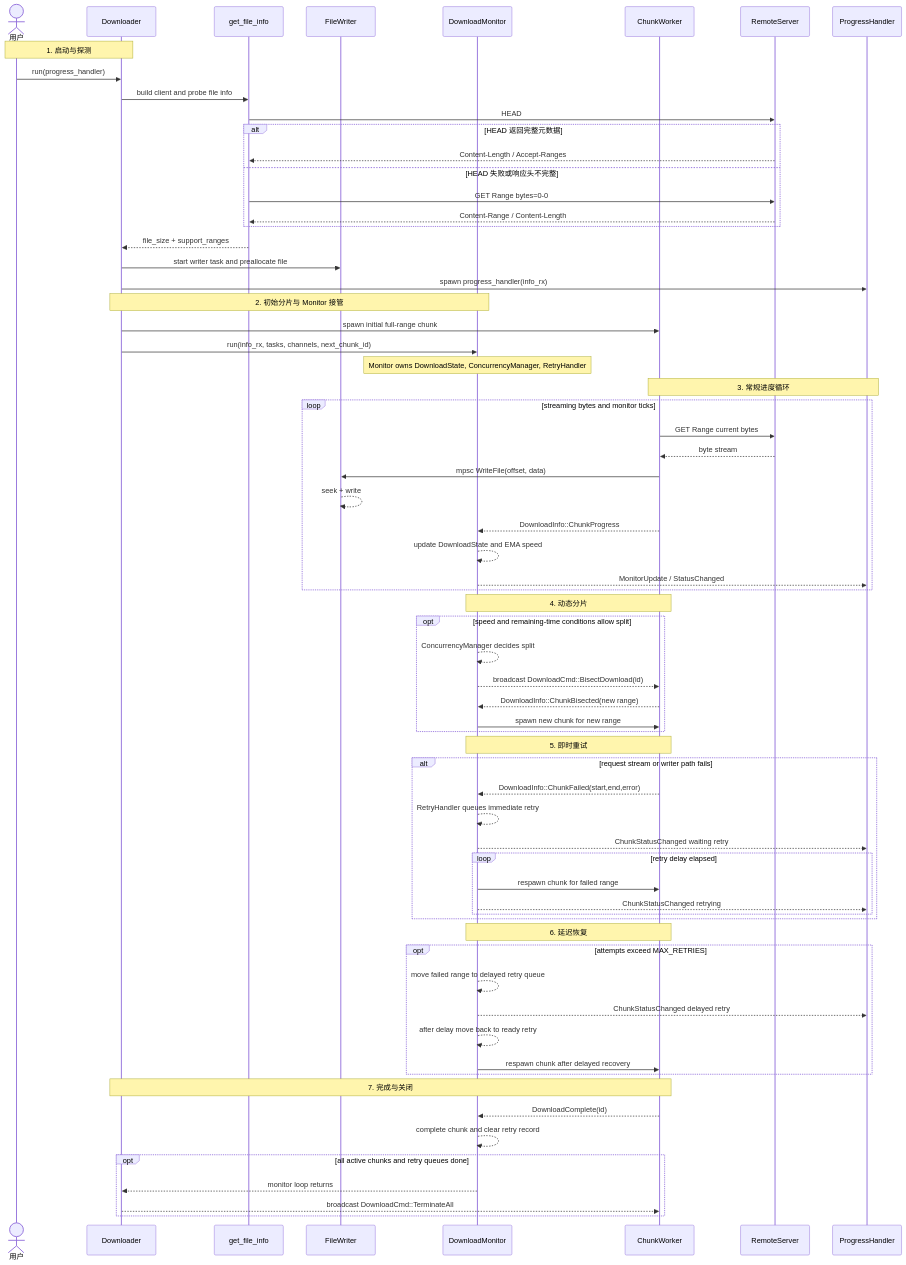
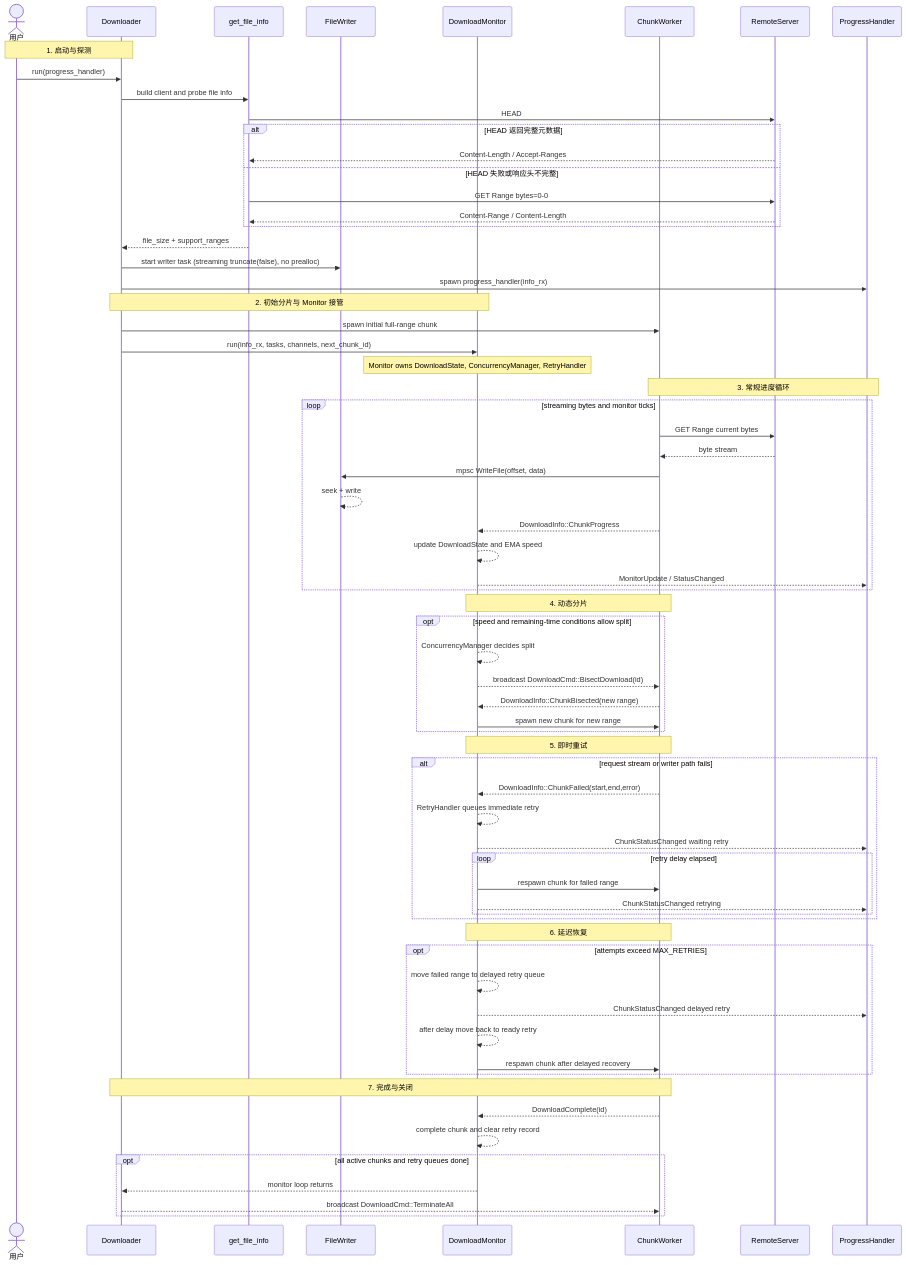
One commit to izumkineno/simple_downloader changed the diagram in docs/architecture.md. Above: the diagram before and after it, drawn with Mermaid. The commit also changed other lines of this file and 8 other files, not shown here.

````diff
--- a/docs/architecture.md
+++ b/docs/architecture.md
@@ -81,76 +91,75 @@
 ```mermaid
 sequenceDiagram
     actor User as 用户
     participant Downloader as Downloader
     participant Probe as get_file_info
     participant Writer as FileWriter
     participant Monitor as DownloadMonitor
     participant Chunk as ChunkWorker
     participant Server as RemoteServer
     participant Progress as ProgressHandler
-
     Note over User,Downloader: 1. 启动与探测
     User->>Downloader: run(progress_handler)
     Downloader->>Probe: build client and probe file info
     Probe->>Server: HEAD
     alt HEAD 返回完整元数据
         Server-->>Probe: Content-Length / Accept-Ranges
     else HEAD 失败或响应头不完整
         Probe->>Server: GET Range bytes=0-0
         Server-->>Probe: Content-Range / Content-Length
     end
     Probe-->>Downloader: file_size + support_ranges
-    Downloader->>Writer: start writer task and preallocate file
+    Downloader->>Writer: start writer task (streaming truncate(false), no prealloc)
     Downloader->>Progress: spawn progress_handler(info_rx)
 
     Note over Downloader,Monitor: 2. 初始分片与 Monitor 接管
     Downloader->>Chunk: spawn initial full-range chunk
     Downloader->>Monitor: run(info_rx, tasks, channels, next_chunk_id)
     Note over Monitor: Monitor owns DownloadState, ConcurrencyManager, RetryHandler
 
     Note over Chunk,Progress: 3. 常规进度循环
     loop streaming bytes and monitor ticks
         Chunk->>Server: GET Range current bytes
         Server-->>Chunk: byte stream
         Chunk->>Writer: mpsc WriteFile(offset, data)
         Writer-->>Writer: seek + write
         Chunk-->>Monitor: DownloadInfo::ChunkProgress
         Monitor-->>Monitor: update DownloadState and EMA speed
         Monitor-->>Progress: MonitorUpdate / StatusChanged
     end
 
     Note over Monitor,Chunk: 4. 动态分片
     opt speed and remaining-time conditions allow split
         Monitor-->>Monitor: ConcurrencyManager decides split
         Monitor-->>Chunk: broadcast DownloadCmd::BisectDownload(id)
         Chunk-->>Monitor: DownloadInfo::ChunkBisected(new range)
         Monitor->>Chunk: spawn new chunk for new range
     end
 
     Note over Chunk,Monitor: 5. 即时重试
     alt request stream or writer path fails
         Chunk-->>Monitor: DownloadInfo::ChunkFailed(start,end,error)
         Monitor-->>Monitor: RetryHandler queues immediate retry
         Monitor-->>Progress: ChunkStatusChanged waiting retry
         loop retry delay elapsed
             Monitor->>Chunk: respawn chunk for failed range
             Monitor-->>Progress: ChunkStatusChanged retrying
         end
     end
 
     Note over Monitor,Chunk: 6. 延迟恢复
     opt attempts exceed MAX_RETRIES
         Monitor-->>Monitor: move failed range to delayed retry queue
         Monitor-->>Progress: ChunkStatusChanged delayed retry
         Monitor-->>Monitor: after delay move back to ready retry
         Monitor->>Chunk: respawn chunk after delayed recovery
     end
 
     Note over Chunk,Downloader: 7. 完成与关闭
     Chunk-->>Monitor: DownloadComplete(id)
     Monitor-->>Monitor: complete chunk and clear retry record
     opt all active chunks and retry queues done
         Monitor-->>Downloader: monitor loop returns
         Downloader-->>Chunk: broadcast DownloadCmd::TerminateAll
     end
 ```
````
